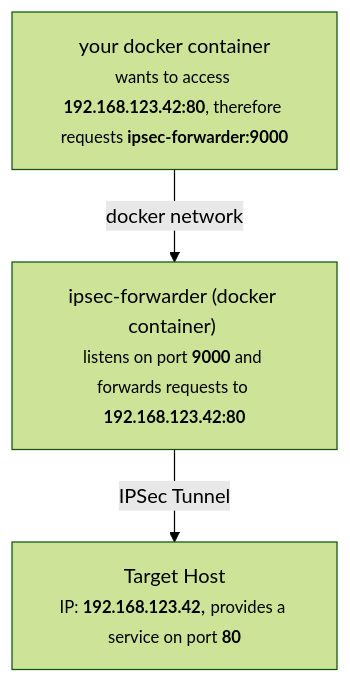
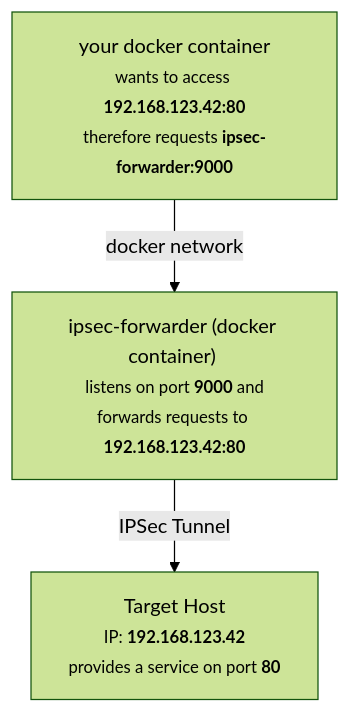
Before and after one commit to knrdl/ipsec-forwarder: the diagram in README.md, drawn with Mermaid (forest theme).

````diff
--- a/README.md
+++ b/README.md
@@ -7,9 +7,9 @@
 ```mermaid
 graph TB
-a[your docker container<br><small>wants to access <b>192.168.123.42:80</b>, therefore requests <b>ipsec-forwarder:9000</b></small>]
-b["ipsec-forwarder (docker container) <br><small>listens on port <b>9000</b> and forwards requests to <b>192.168.123.42:80</b></small>"]
-c[Target Host<br><small>IP: <b>192.168.123.42</b></small>, <small>provides a service on port <b>80</b></small>]
+a[your docker container<br><small>wants to access <b>192.168.123.42:80</b><br>therefore requests <b>ipsec-forwarder:9000</b></small>]
+b["ipsec-forwarder (docker container) <br><small>listens on port <b>9000</b> and<br>forwards requests to <b>192.168.123.42:80</b></small>"]
+c[Target Host<br><small>IP: <b>192.168.123.42</b></small><br><small>provides a service on port <b>80</b></small>]
 
 a-->|docker network| b
 b-->|IPSec Tunnel| c
 ```
````
